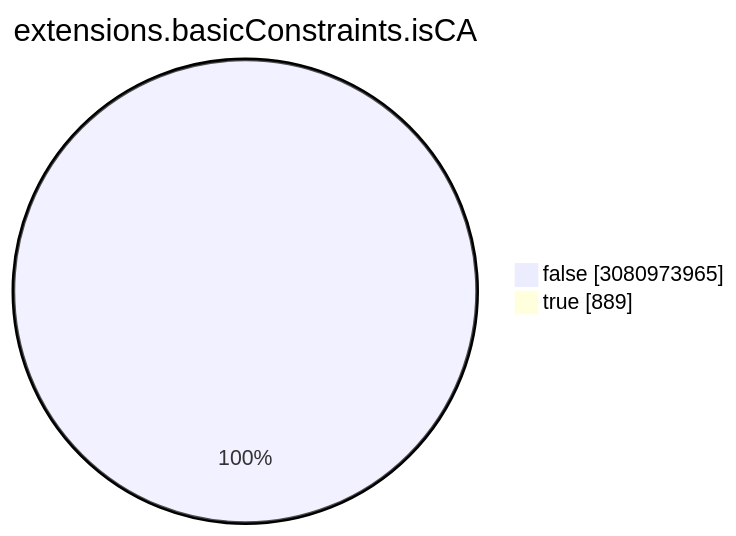
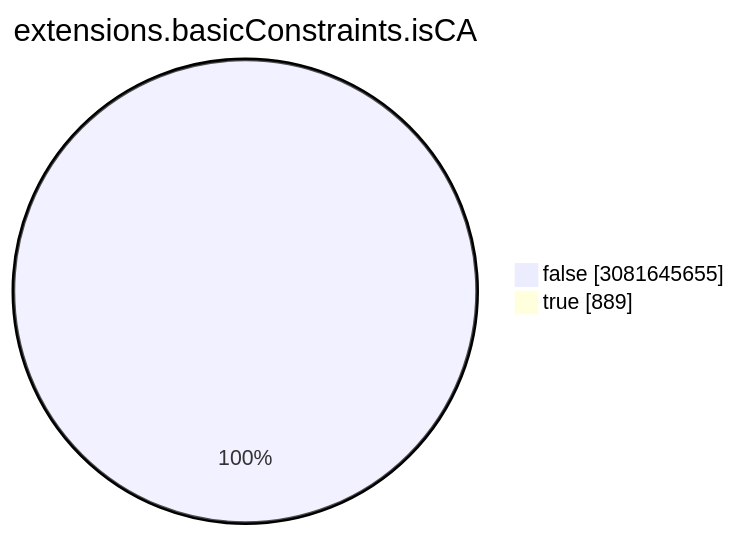
One commit to christiankrug/ctmonitor_visualization changed the seventh of 15 diagrams in TOTAL/README.md. Above: the diagram before and after it, drawn with Mermaid. The commit also changed other lines of this file, not shown here.

````diff
--- a/TOTAL/README.md
+++ b/TOTAL/README.md
@@ -3088,6 +3088,6 @@
 ```mermaid
 pie showData
 title extensions.basicConstraints.isCA
-"false" :3080973965
+"false" :3081645655
 "true" :889
 ```
````
